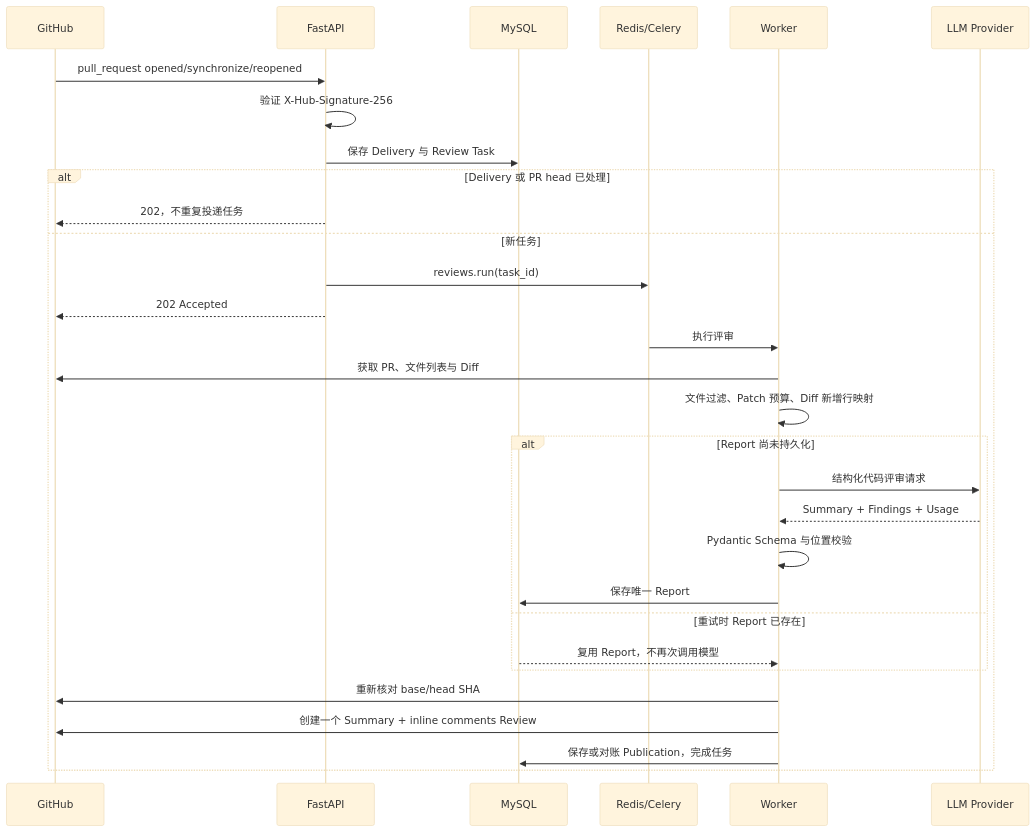
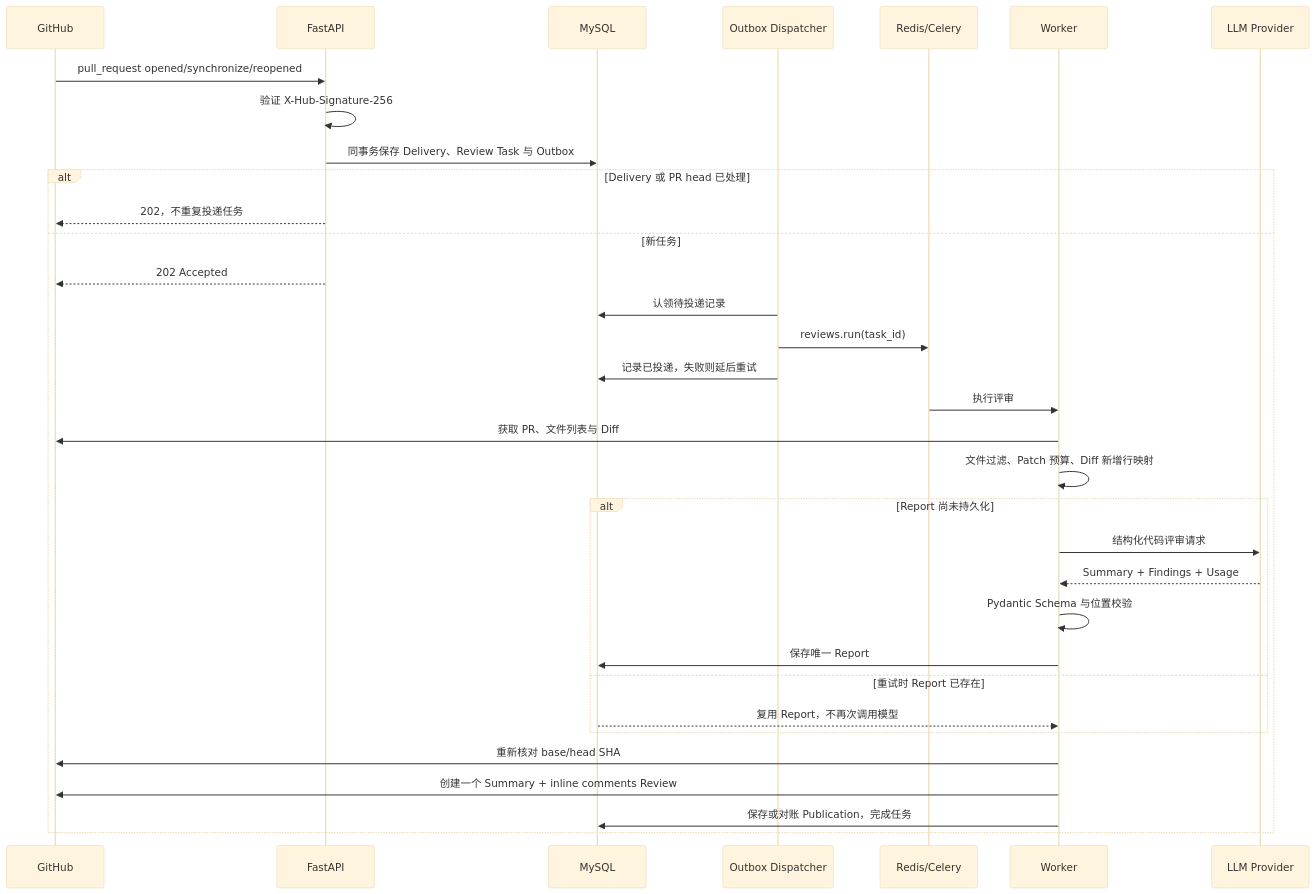
The second of 2 diagrams in README.md (lxr0111/agent-review), drawn with Mermaid (base theme) before and after one commit. The commit also changed other lines of this file and 25 other files, not shown here.

Commit message:
feat(reliability): add transactional review dispatch outbox

````diff
--- a/README.md
+++ b/README.md
@@ -64,33 +67,36 @@
 ```mermaid
 sequenceDiagram
     participant G as GitHub
     participant A as FastAPI
     participant M as MySQL
+    participant D as Outbox Dispatcher
     participant Q as Redis/Celery
     participant W as Worker
     participant L as LLM Provider
 
     G->>A: pull_request opened/synchronize/reopened
     A->>A: 验证 X-Hub-Signature-256
-    A->>M: 保存 Delivery 与 Review Task
+    A->>M: 同事务保存 Delivery、Review Task 与 Outbox
     alt Delivery 或 PR head 已处理
         A-->>G: 202，不重复投递任务
     else 新任务
-        A->>Q: reviews.run(task_id)
         A-->>G: 202 Accepted
+        D->>M: 认领待投递记录
+        D->>Q: reviews.run(task_id)
+        D->>M: 记录已投递，失败则延后重试
         Q->>W: 执行评审
         W->>G: 获取 PR、文件列表与 Diff
         W->>W: 文件过滤、Patch 预算、Diff 新增行映射
         alt Report 尚未持久化
             W->>L: 结构化代码评审请求
             L-->>W: Summary + Findings + Usage
             W->>W: Pydantic Schema 与位置校验
             W->>M: 保存唯一 Report
         else 重试时 Report 已存在
             M-->>W: 复用 Report，不再次调用模型
         end
         W->>G: 重新核对 base/head SHA
         W->>G: 创建一个 Summary + inline comments Review
         W->>M: 保存或对账 Publication，完成任务
     end
 ```
````
